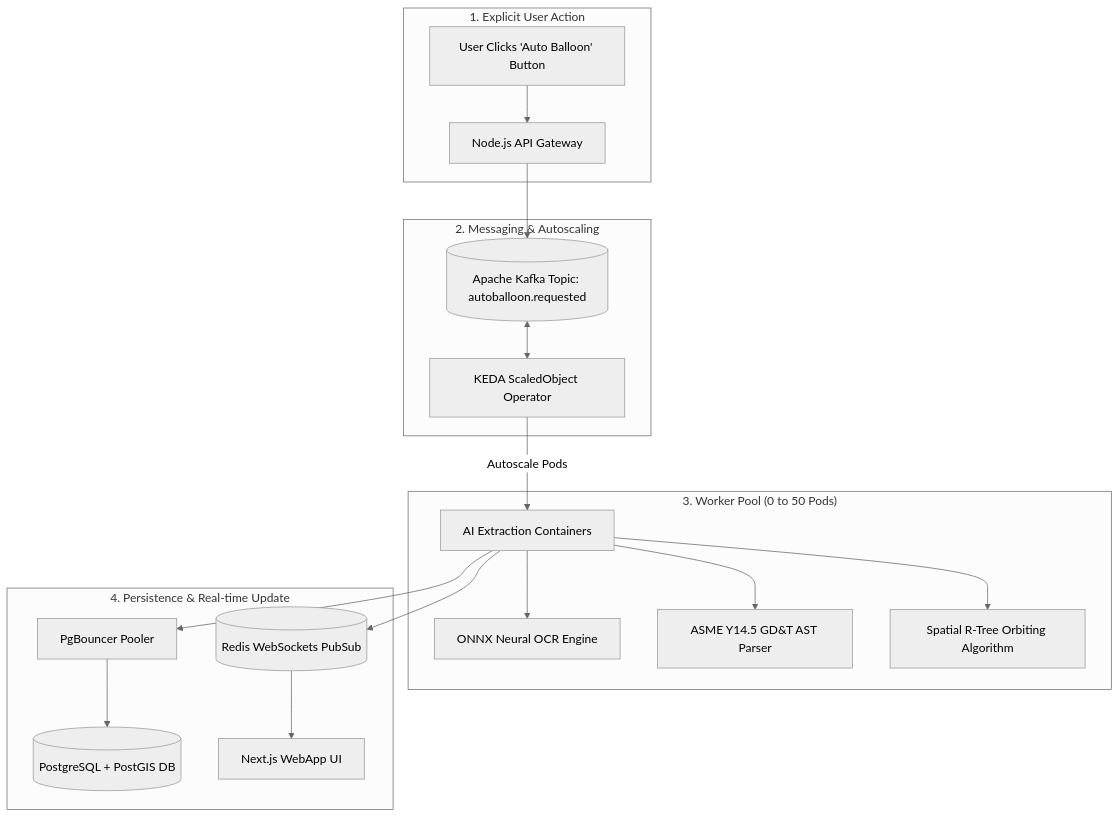
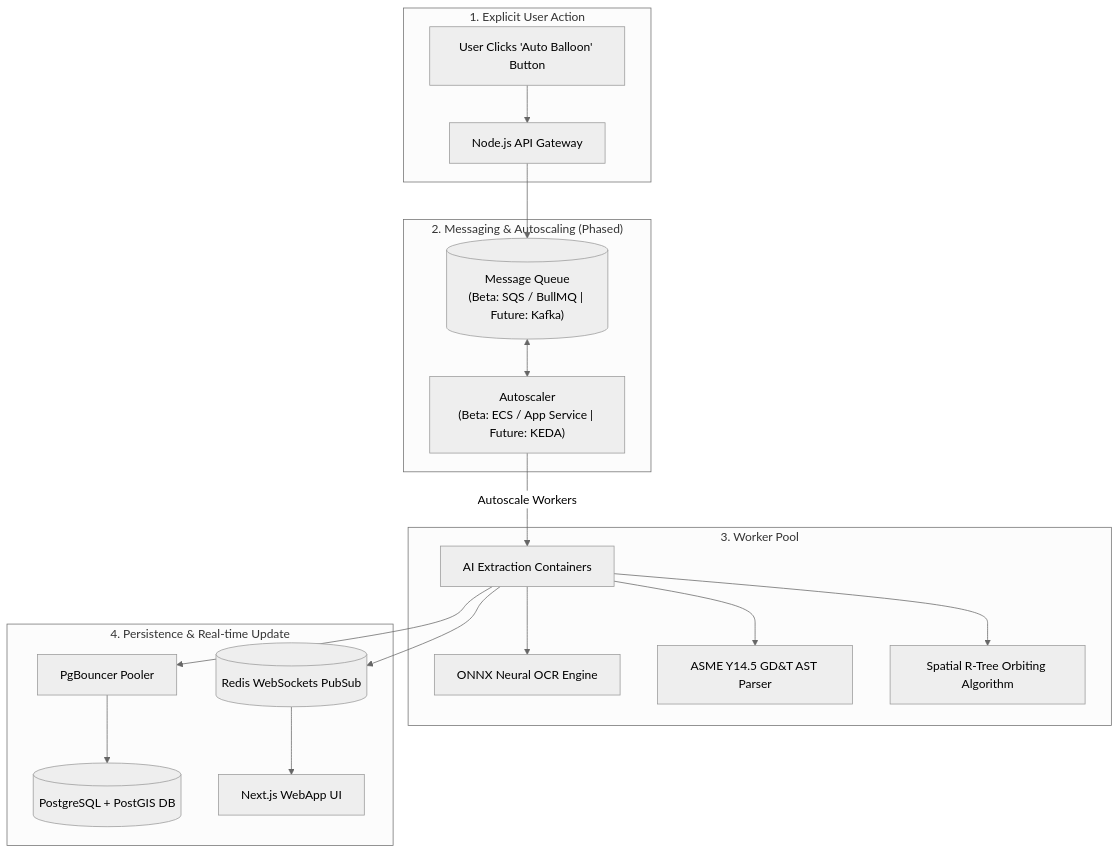
The third of 5 diagrams in Phase_3_System_Architecture_Stages.md (LoonistApp/Loonist), drawn with Mermaid (neutral theme) before and after one commit. The commit also changed other lines of this file, not shown here.

Commit message:
docs: update Phase 3 architecture to reflect phased queue approach for Beta

````diff
--- a/Phase_3_System_Architecture_Stages.md
+++ b/Phase_3_System_Architecture_Stages.md
@@ -69,33 +69,33 @@
 ```mermaid
 flowchart TD
     subgraph Trigger ["1. Explicit User Action"]
         UserClick["User Clicks 'Auto Balloon' Button"]
         API["Node.js API Gateway"]
     end
 
-    subgraph Queue ["2. Messaging & Autoscaling"]
-        Kafka[("Apache Kafka Topic: autoballoon.requested")]
-        KEDA["KEDA ScaledObject Operator"]
+    subgraph Queue ["2. Messaging & Autoscaling (Phased)"]
+        MessageQueue[("Message Queue\n(Beta: SQS / BullMQ | Future: Kafka)")]
+        Autoscaler["Autoscaler\n(Beta: ECS / App Service | Future: KEDA)"]
     end
 
-    subgraph Workers ["3. Worker Pool (0 to 50 Pods)"]
+    subgraph Workers ["3. Worker Pool"]
         WorkerPool["AI Extraction Containers"]
         ONNX["ONNX Neural OCR Engine"]
         GDTParser["ASME Y14.5 GD&T AST Parser"]
         RTree["Spatial R-Tree Orbiting Algorithm"]
     end
 
     subgraph Sync ["4. Persistence & Real-time Update"]
         PgBouncer["PgBouncer Pooler"]
         Postgres[("PostgreSQL + PostGIS DB")]
         RedisWS[("Redis WebSockets PubSub")]
         UI["Next.js WebApp UI"]
     end
 
-    UserClick --> API --> Kafka
-    Kafka <--> KEDA
-    KEDA -->|Autoscale Pods| WorkerPool
+    UserClick --> API --> MessageQueue
+    MessageQueue <--> Autoscaler
+    Autoscaler -->|Autoscale Workers| WorkerPool
     WorkerPool --> ONNX & GDTParser & RTree
     WorkerPool --> PgBouncer --> Postgres
     WorkerPool --> RedisWS --> UI
 ```
````
